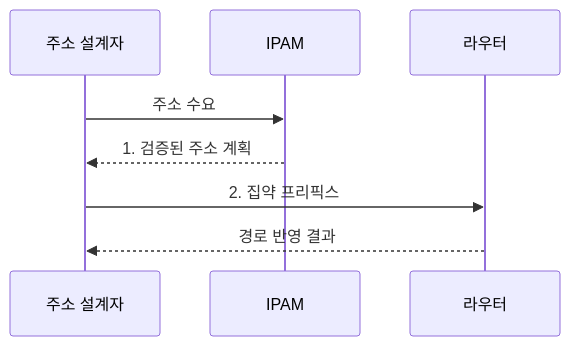
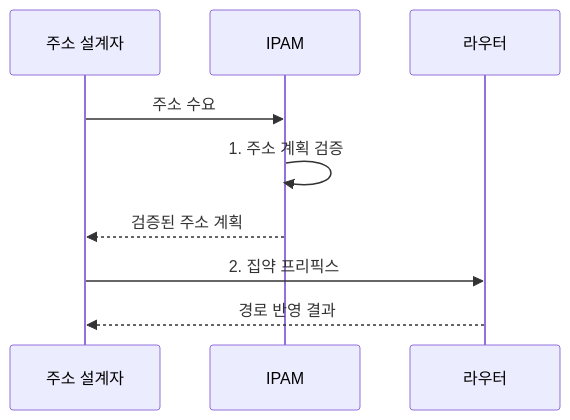
The second of 2 diagrams in src/content/docs/notes/04-network/005_subnetting_cidr.md (agnusdei1207/knowledge-base), drawn with Mermaid before and after one commit. The commit also changed other lines of this file and 2 other files, not shown here.

````diff
--- a/src/content/docs/notes/04-network/005_subnetting_cidr.md
+++ b/src/content/docs/notes/04-network/005_subnetting_cidr.md
@@ -103,10 +103,11 @@
 ```mermaid
 sequenceDiagram
     participant D as 주소 설계자
     participant I as IPAM
     participant R as 라우터
     D->>I: 주소 수요
-    I-->>D: 1. 검증된 주소 계획
+    I->>I: 1. 주소 계획 검증
+    I-->>D: 검증된 주소 계획
     D->>R: 2. 집약 프리픽스
     R-->>D: 경로 반영 결과
 ```
````
